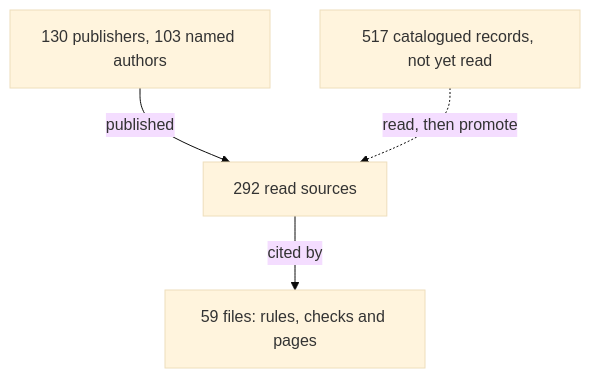
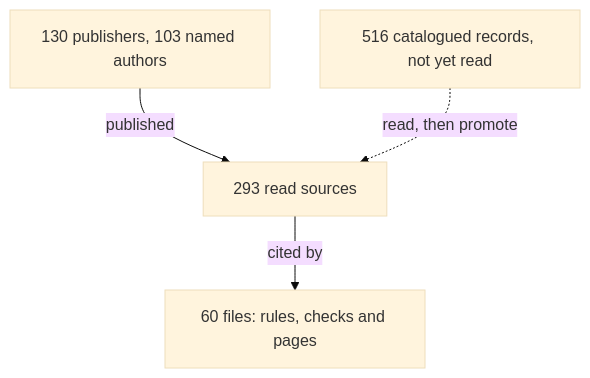
Before and after one commit to Valpatel/cad-agent: the diagram in docs/practice/experts.md, drawn with Mermaid (base theme). The commit also changed other lines of this file and 2 other files, not shown here.

Commit message:
Check Bossard source identity and preserve four-process capacity guards

````diff
--- a/docs/practice/experts.md
+++ b/docs/practice/experts.md
@@ -6,7 +6,7 @@
 ```mermaid
 flowchart TD
-  P["130 publishers, 103 named authors"] -->|published| S["292 read sources"]
-  S -->|cited by| U["59 files: rules, checks and pages"]
-  C["517 catalogued records, not yet read"] -.->|read, then promote| S
+  P["130 publishers, 103 named authors"] -->|published| S["293 read sources"]
+  S -->|cited by| U["60 files: rules, checks and pages"]
+  C["516 catalogued records, not yet read"] -.->|read, then promote| S
   class S here
 ```
````
